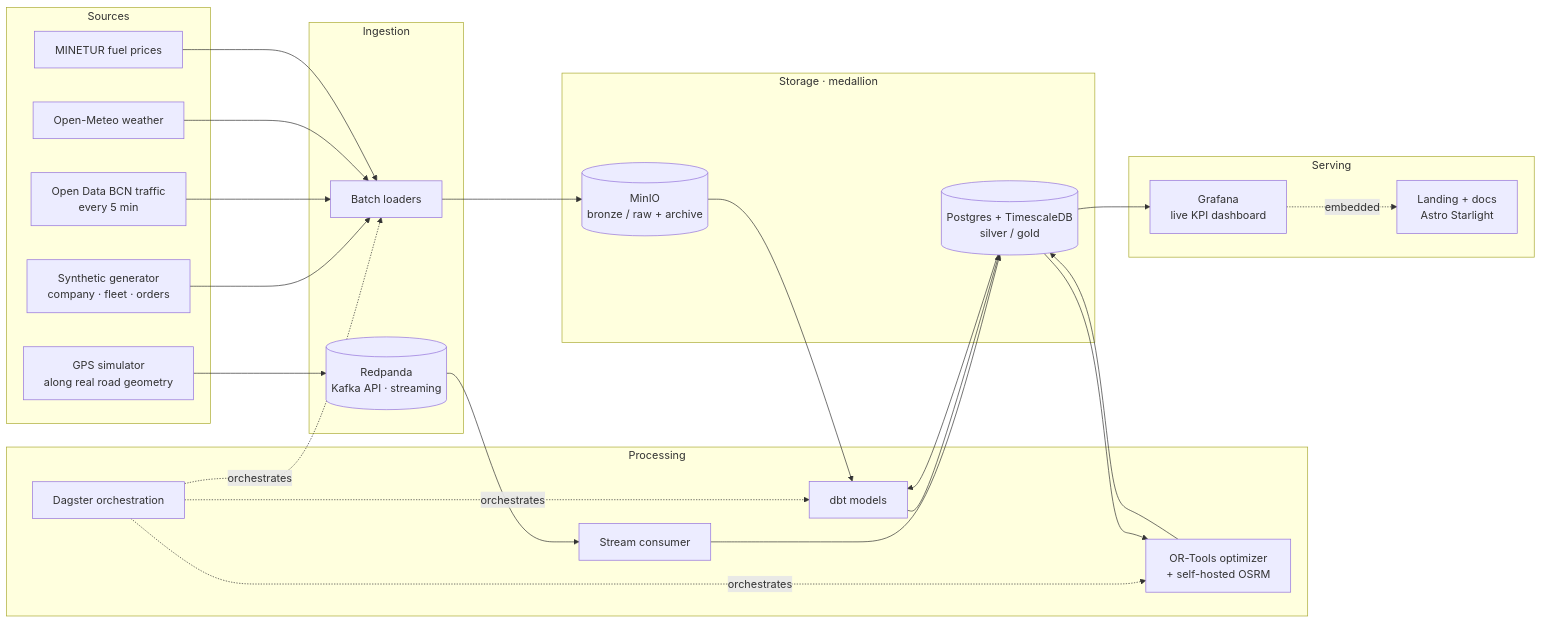
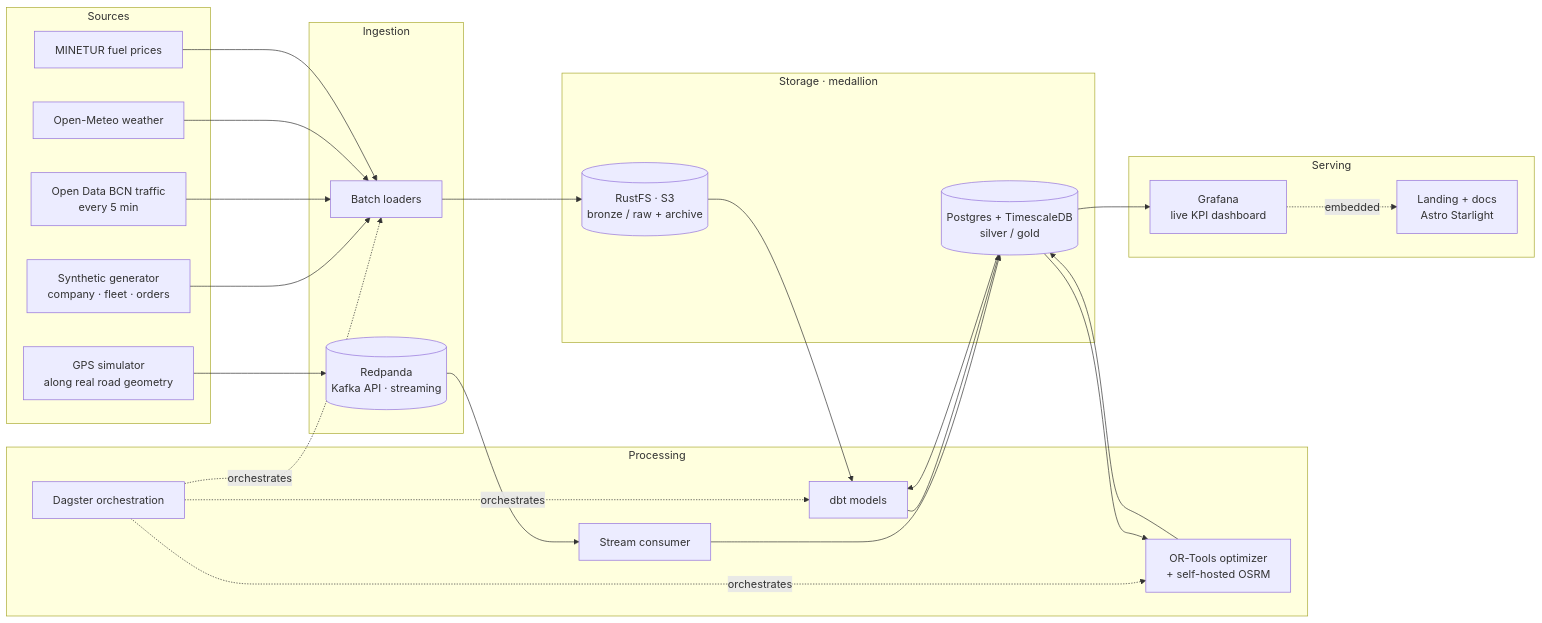
Before and after one commit to RogerTito455/datacycle-logistics-route-optimization: the diagram in README.md, drawn with Mermaid. The commit also changed other lines of this file and 25 other files, not shown here.

````diff
--- a/README.md
+++ b/README.md
@@ -19,41 +19,41 @@
 ```mermaid
 flowchart LR
   subgraph Sources
     GEN[Synthetic generator<br/>company · fleet · orders]
     GPS[GPS simulator<br/>along real road geometry]
     TRF[Open Data BCN traffic<br/>every 5 min]
     WX[Open-Meteo weather]
     FUEL[MINETUR fuel prices]
   end
   subgraph Ingestion
     RP[(Redpanda<br/>Kafka API · streaming)]
     BATCH[Batch loaders]
   end
   subgraph Storage["Storage · medallion"]
-    MINIO[(MinIO<br/>bronze / raw + archive)]
+    MINIO[(RustFS · S3<br/>bronze / raw + archive)]
     PG[(Postgres + TimescaleDB<br/>silver / gold)]
   end
   subgraph Processing
     CONS[Stream consumer]
     DBT[dbt models]
     DAG[Dagster orchestration]
     OPT[OR-Tools optimizer<br/>+ self-hosted OSRM]
   end
   subgraph Serving
     GRAF[Grafana<br/>live KPI dashboard]
     SITE[Landing + docs<br/>Astro Starlight]
   end
   GPS --> RP --> CONS --> PG
   GEN --> BATCH
   TRF --> BATCH
   WX --> BATCH
   FUEL --> BATCH
   BATCH --> MINIO --> DBT
   PG --> DBT --> PG
   DAG -. orchestrates .-> DBT
   DAG -. orchestrates .-> OPT
   DAG -. orchestrates .-> BATCH
   PG --> OPT --> PG
   PG --> GRAF
   GRAF -. embedded .-> SITE
 ```
````
